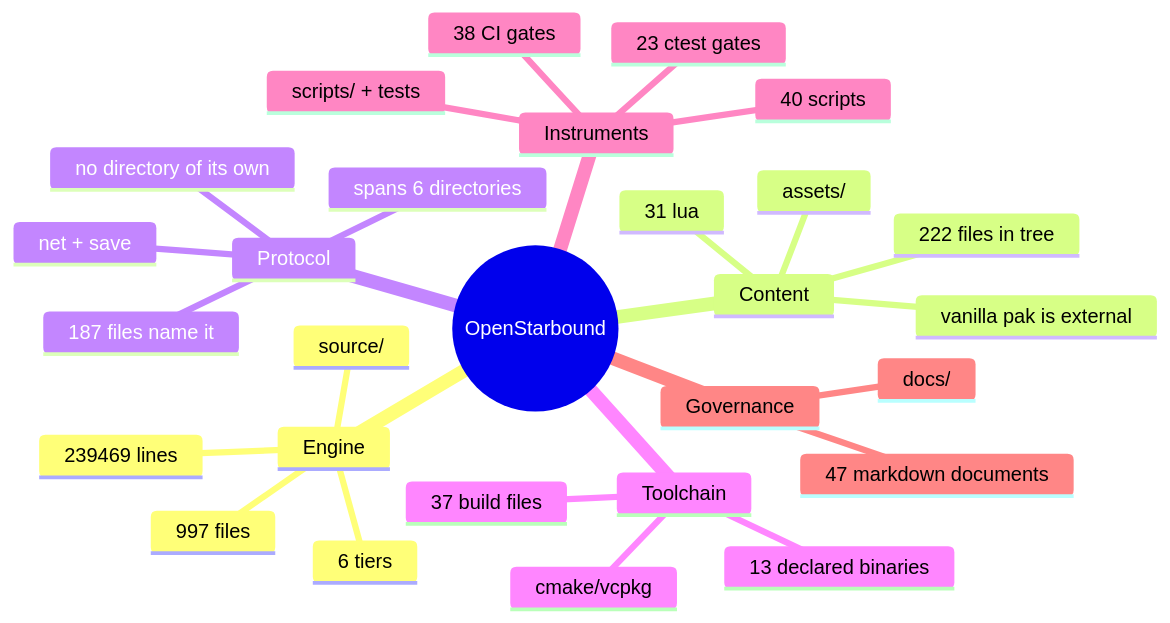
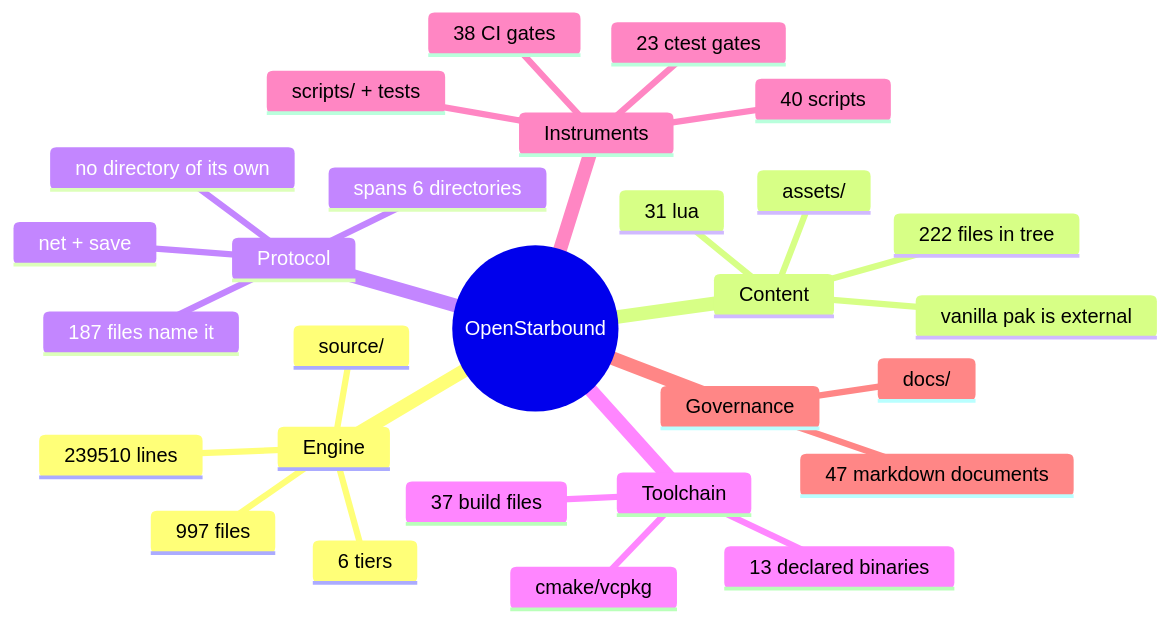
Before and after one commit to apnex/OpenStarbound: the second of 11 diagrams in docs/architecture/system-boundaries.md, drawn with Mermaid. The commit also changed other lines of this file and 2 other files, not shown here.

````diff
--- a/docs/architecture/system-boundaries.md
+++ b/docs/architecture/system-boundaries.md
@@ -166,31 +166,31 @@
 ```mermaid
 mindmap
   root((OpenStarbound))
     Engine
       source/
       997 files
-      239469 lines
+      239510 lines
       6 tiers
     Content
       assets/
       222 files in tree
       31 lua
       vanilla pak is external
     Protocol
       net + save
       187 files name it
       spans 6 directories
       no directory of its own
     Toolchain
       cmake/vcpkg
       37 build files
       13 declared binaries
     Instruments
       scripts/ + tests
       40 scripts
       23 ctest gates
       38 CI gates
     Governance
       docs/
       47 markdown documents
 ```
````
